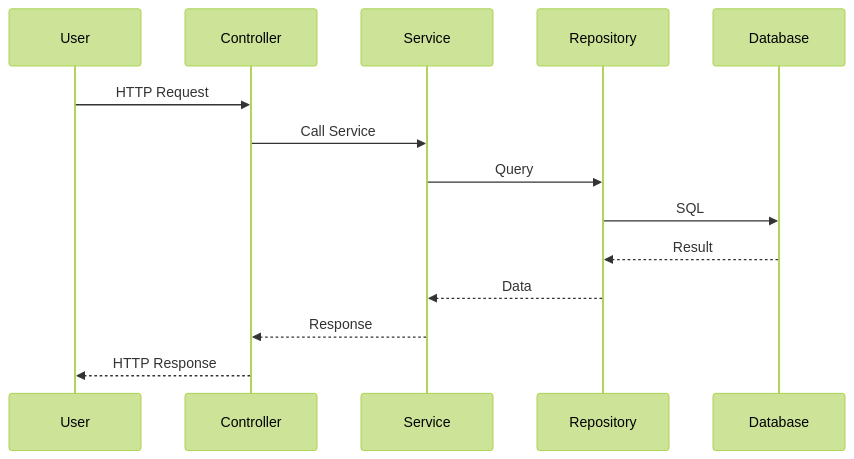
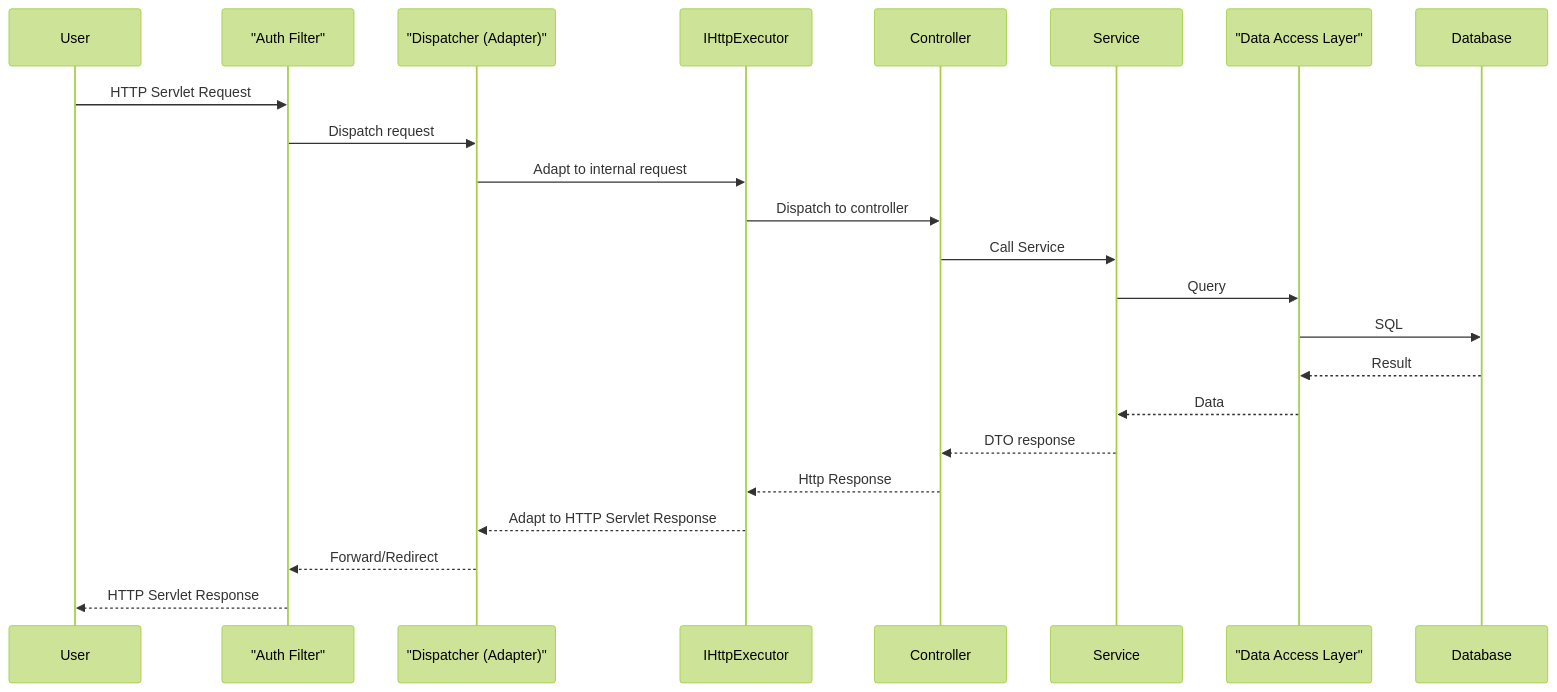
Before and after one commit to m-feliciano/servlets: the second of 7 diagrams in README.md, drawn with Mermaid (forest theme). The commit also changed other lines of this file and 11 other files, not shown here.

````diff
--- a/README.md
+++ b/README.md
@@ -63,16 +69,25 @@
 ```mermaid
 sequenceDiagram
     participant User
+    participant Auth as "Auth Filter"
+    participant ServletDispatcher as "Dispatcher (Adapter)"
+    participant IHttpExecutor
     participant Controller
     participant Service
-    participant Repository
+    participant Repository as "Data Access Layer"
     participant Database
-    User->>Controller: HTTP Request
-    Controller->>Service: Call Service
-    Service->>Repository: Query
-    Repository->>Database: SQL
-    Database-->>Repository: Result
-    Repository-->>Service: Data
-    Service-->>Controller: Response
-    Controller-->>User: HTTP Response
+    User ->> Auth: HTTP Servlet Request
+    Auth ->> ServletDispatcher: Dispatch request
+    ServletDispatcher ->> IHttpExecutor: Adapt to internal request
+    IHttpExecutor ->> Controller: Dispatch to controller
+    Controller ->> Service: Call Service
+    Service ->> Repository: Query
+    Repository ->> Database: SQL
+    Database -->> Repository: Result
+    Repository -->> Service: Data
+    Service -->> Controller: DTO response
+    Controller -->> IHttpExecutor: Http Response
+    IHttpExecutor -->> ServletDispatcher: Adapt to HTTP Servlet Response
+    ServletDispatcher -->> Auth: Forward/Redirect
+    Auth -->> User: HTTP Servlet Response
 ```
````
